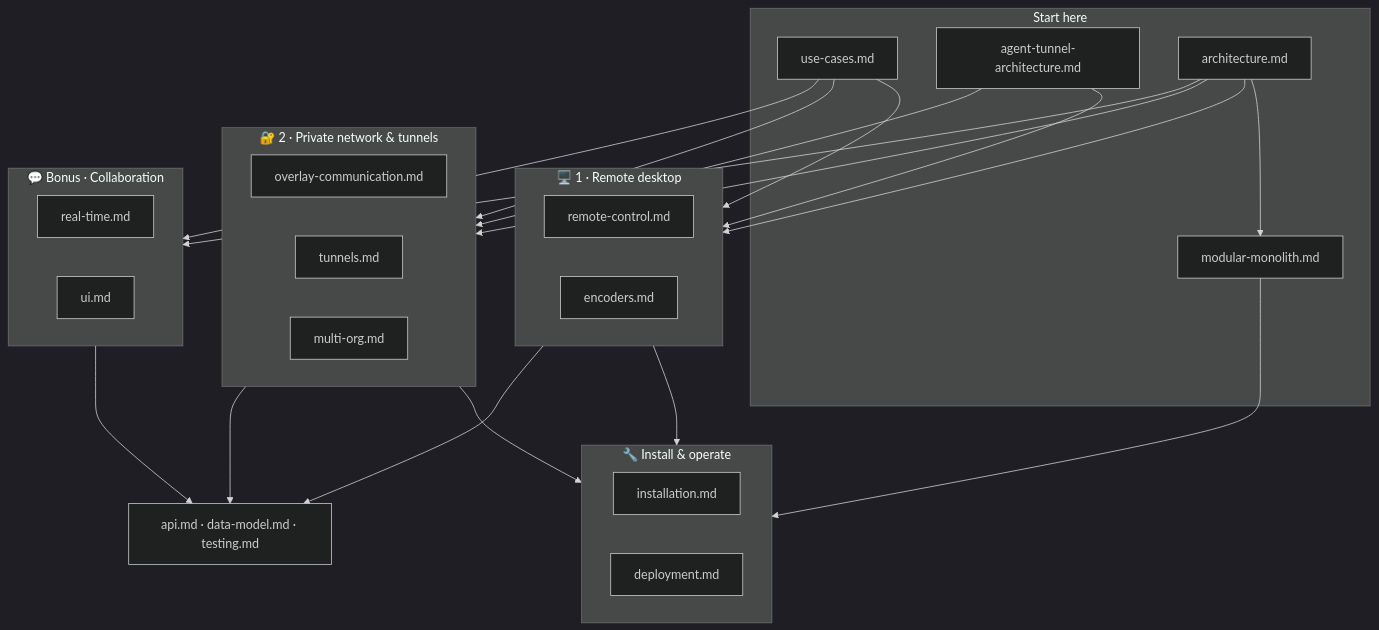
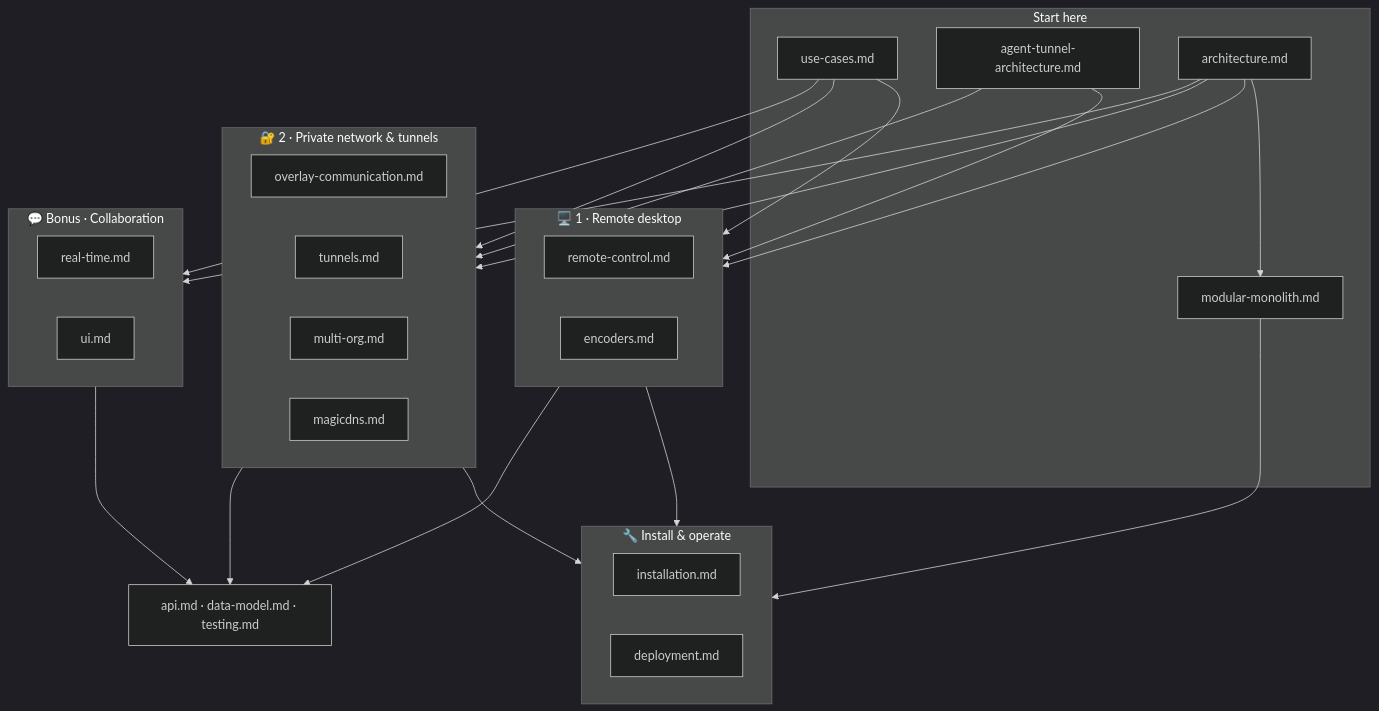
The diagram in docs/README.md (gjovanov/roomler-ai), drawn with Mermaid (dark theme) before and after one commit. The commit also changed other lines of this file and 3 other files, not shown here.

````diff
--- a/docs/README.md
+++ b/docs/README.md
@@ -24,40 +24,41 @@
 ```mermaid
 flowchart TB
     subgraph entry["Start here"]
         UC["use-cases.md"]
         ATA["agent-tunnel-architecture.md"]
         ARCH["architecture.md"]
         MM["modular-monolith.md"]
     end
 
     subgraph rd["🖥️ 1 · Remote desktop"]
         RC["remote-control.md"]
         ENC["encoders.md"]
     end
 
     subgraph net["🔐 2 · Private network & tunnels"]
         OC["overlay-communication.md"]
         TUN["tunnels.md"]
         MO["multi-org.md"]
+        MDNS["magicdns.md"]
     end
 
     subgraph collab["💬 Bonus · Collaboration"]
         RT["real-time.md"]
         UIX["ui.md"]
     end
 
     subgraph ops["🔧 Install & operate"]
         INST["installation.md"]
         DEP["deployment.md"]
     end
 
     REF["api.md · data-model.md · testing.md"]
 
     UC --> rd & net & collab
     ATA --> rd & net
     ARCH --> rd & net & collab
     ARCH --> MM
     MM --> ops
     rd & net --> ops
     rd & net & collab --> REF
 ```
````
